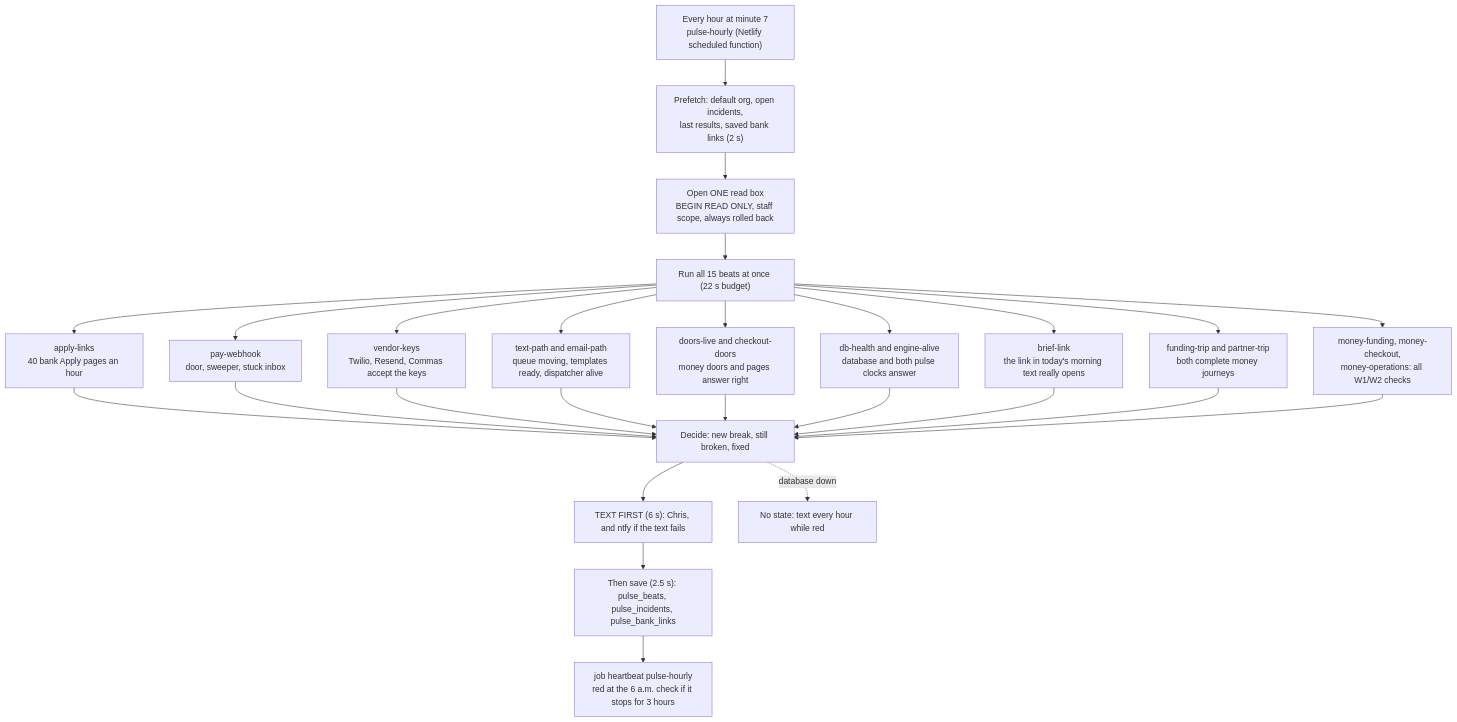
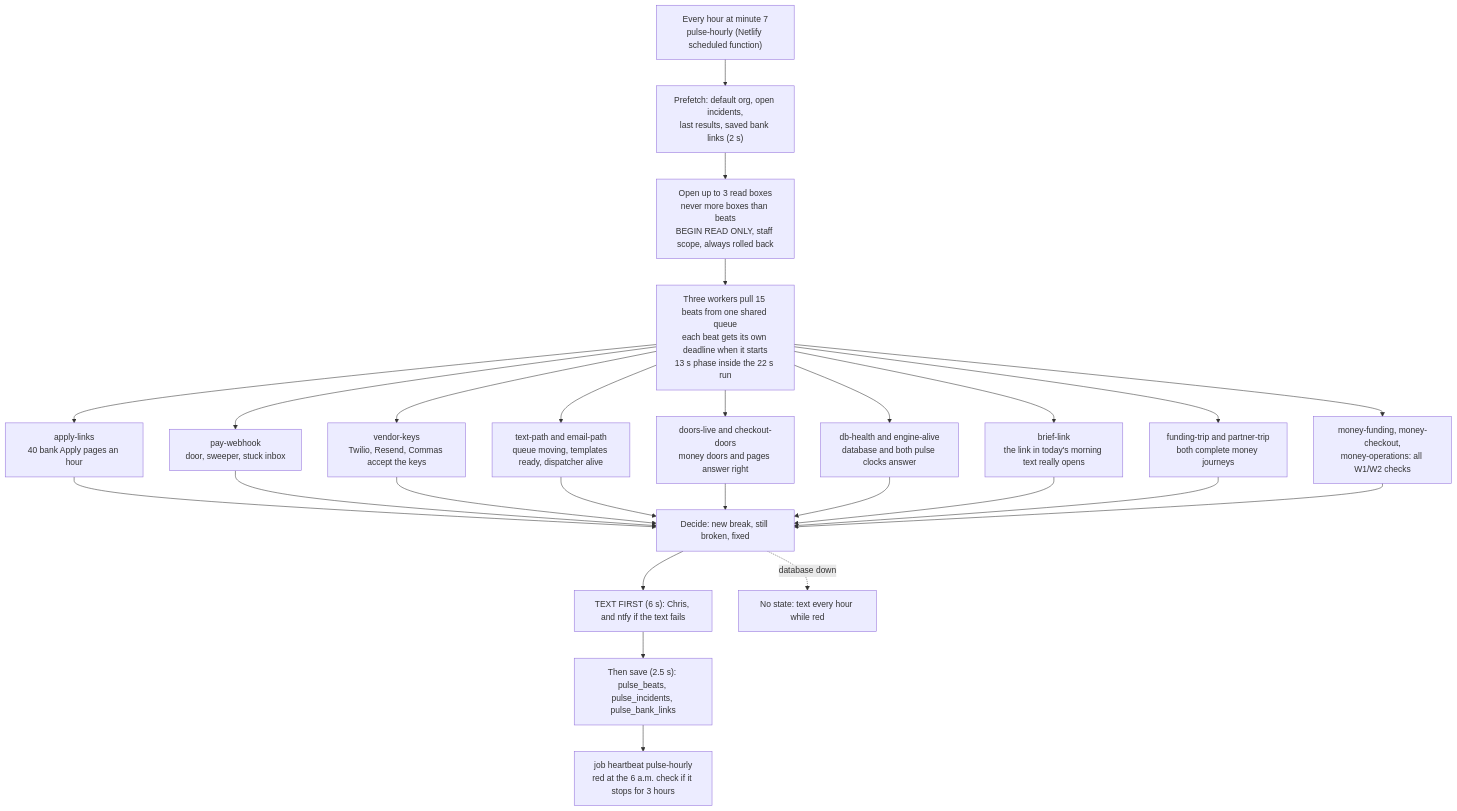
Before and after one commit to ZootimusMaximusSupreme/fundhub-platform: the second of 5 diagrams in docs/journeys/heartbeat-flow.md, drawn with Mermaid. The commit also changed other lines of this file and 10 other files, not shown here.

````diff
--- a/docs/journeys/heartbeat-flow.md
+++ b/docs/journeys/heartbeat-flow.md
@@ -88,28 +88,28 @@
 ```mermaid
 flowchart TD
     CLOCK["Every hour at minute 7<br/>pulse-hourly (Netlify scheduled function)"] --> PRE["Prefetch: default org, open incidents,<br/>last results, saved bank links (2 s)"]
-    PRE --> BOX["Open ONE read box<br/>BEGIN READ ONLY, staff scope, always rolled back"]
-    BOX --> BEATS["Run all 15 beats at once (22 s budget)"]
+    PRE --> BOX["Open up to 3 read boxes<br/>never more boxes than beats<br/>BEGIN READ ONLY, staff scope, always rolled back"]
+    BOX --> BEATS["Three workers pull 15 beats from one shared queue<br/>each beat gets its own deadline when it starts<br/>13 s phase inside the 22 s run"]
     BEATS --> B1["apply-links<br/>40 bank Apply pages an hour"]
     BEATS --> B2["pay-webhook<br/>door, sweeper, stuck inbox"]
     BEATS --> B3["vendor-keys<br/>Twilio, Resend, Commas accept the keys"]
     BEATS --> B4["text-path and email-path<br/>queue moving, templates ready, dispatcher alive"]
     BEATS --> B5["doors-live and checkout-doors<br/>money doors and pages answer right"]
     BEATS --> B6["db-health and engine-alive<br/>database and both pulse clocks answer"]
     BEATS --> B7["brief-link<br/>the link in today's morning text really opens"]
     BEATS --> B8["funding-trip and partner-trip<br/>both complete money journeys"]
     BEATS --> B9["money-funding, money-checkout,<br/>money-operations: all W1/W2 checks"]
     B1 --> DECIDE["Decide: new break, still broken, fixed"]
     B2 --> DECIDE
     B3 --> DECIDE
     B4 --> DECIDE
     B5 --> DECIDE
     B6 --> DECIDE
     B7 --> DECIDE
     B8 --> DECIDE
     B9 --> DECIDE
     DECIDE --> TEXT["TEXT FIRST (6 s): Chris, and ntfy if the text fails"]
     TEXT --> REC["Then save (2.5 s): pulse_beats, pulse_incidents, pulse_bank_links"]
     REC --> BEAT["job heartbeat pulse-hourly<br/>red at the 6 a.m. check if it stops for 3 hours"]
     DECIDE -.->|database down| FALL["No state: text every hour while red"]
 ```
````
